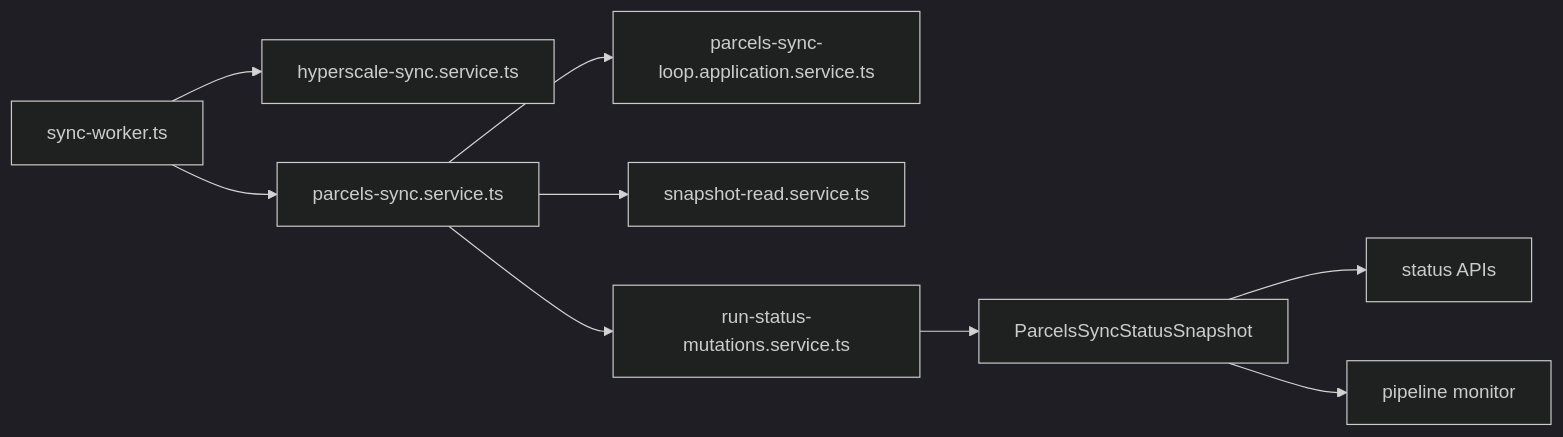
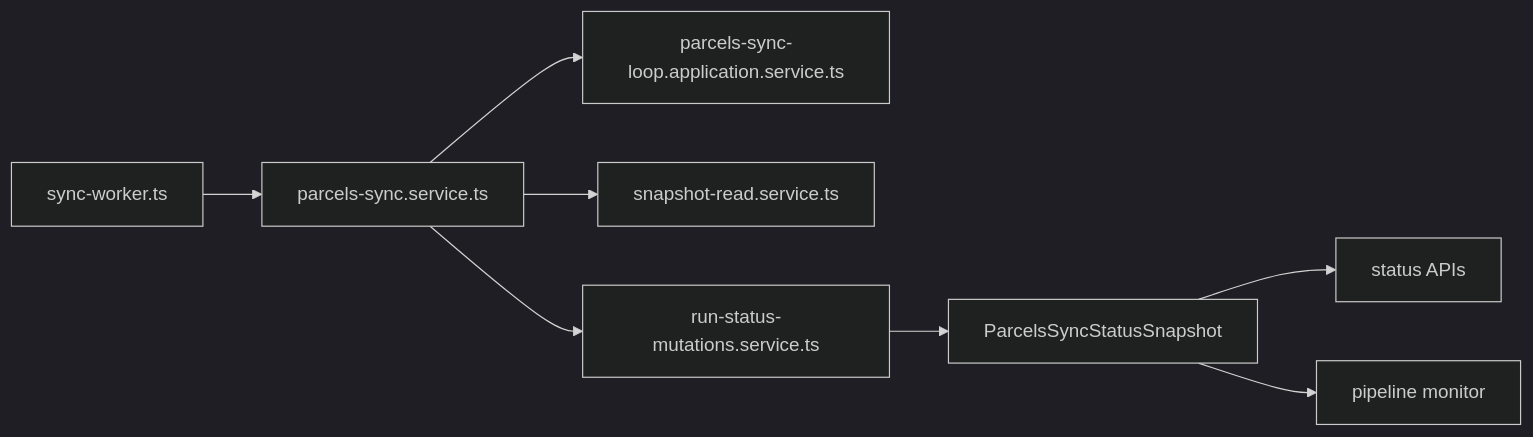
One commit to rfarris-dch/map-playground-personal changed the diagram in apps/docs/src/content/applications/api-sync-runtime.md. Above: the diagram before and after it, drawn with Mermaid (dark theme). The commit also changed other lines of this file and 231 other files, not shown here.

````diff
--- a/apps/docs/src/content/applications/api-sync-runtime.md
+++ b/apps/docs/src/content/applications/api-sync-runtime.md
@@ -38,11 +31,10 @@
 ```mermaid
 flowchart LR
-  WORKER[sync-worker.ts] --> HYPER[hyperscale-sync.service.ts]
-  WORKER --> PARCELS[parcels-sync.service.ts]
+  WORKER[sync-worker.ts] --> PARCELS[parcels-sync.service.ts]
   PARCELS --> LOOP[parcels-sync-loop.application.service.ts]
   PARCELS --> SNAPSHOT[snapshot-read.service.ts]
   PARCELS --> MUTATIONS[run-status-mutations.service.ts]
   MUTATIONS --> STATUS[ParcelsSyncStatusSnapshot]
   STATUS --> API[status APIs]
   STATUS --> MONITOR[pipeline monitor]
 ```
````
